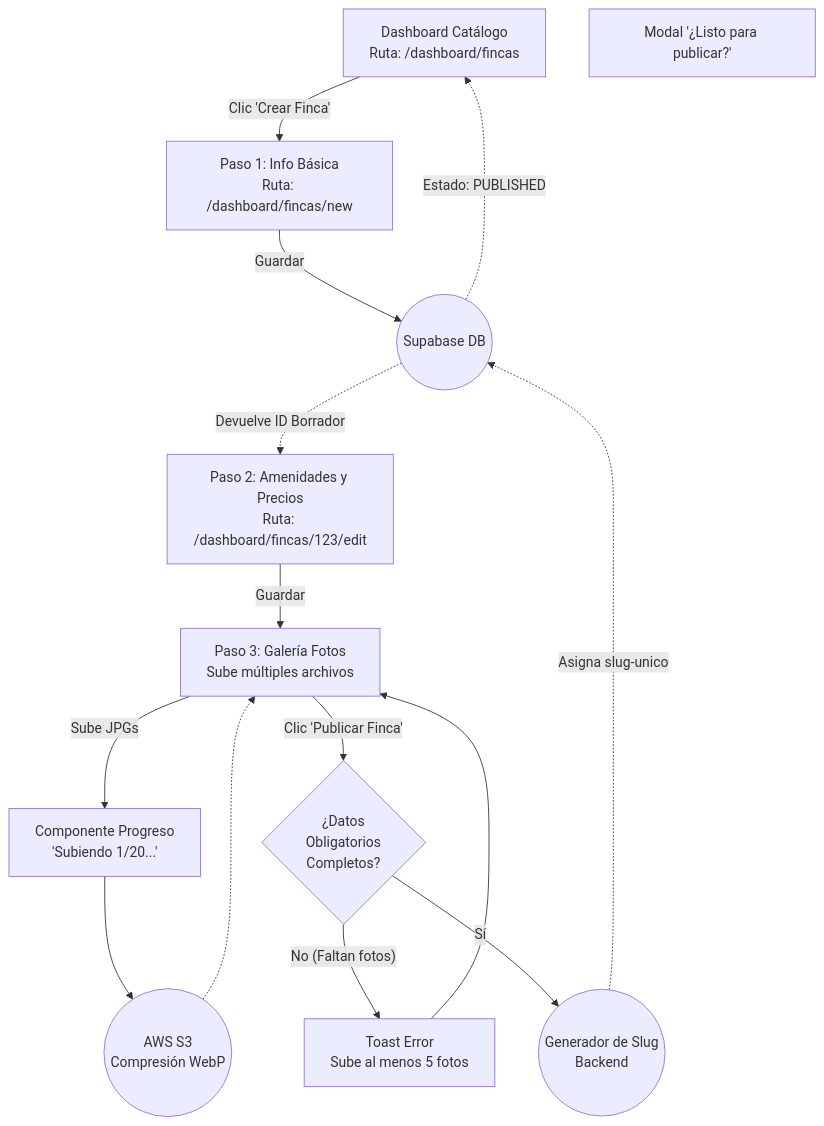
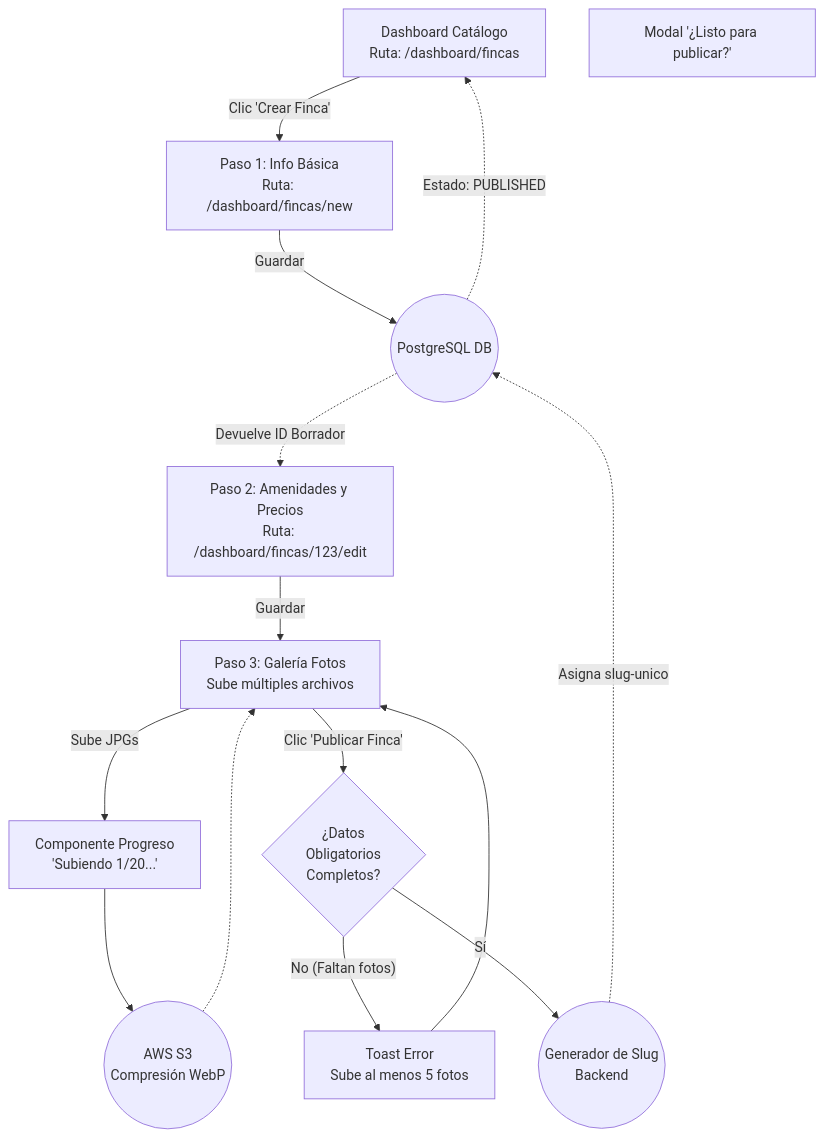
The first of 2 diagrams in docs/04-system-modeling/02.User_Flows_Task_Flows/modules/MOD-PROP_flows.md (camilolayos54-dotcom/NosFuimosdeFinca), drawn with Mermaid before and after one commit. The commit also changed 38 other files, not shown here.

````diff
--- a/docs/04-system-modeling/02.User_Flows_Task_Flows/modules/MOD-PROP_flows.md
+++ b/docs/04-system-modeling/02.User_Flows_Task_Flows/modules/MOD-PROP_flows.md
@@ -35,38 +35,38 @@
 ```mermaid
 flowchart TD
     %% Nodos UI
     HubUI[Dashboard Catálogo<br>Ruta: /dashboard/fincas]
     Step1UI[Paso 1: Info Básica<br>Ruta: /dashboard/fincas/new]
     Step2UI[Paso 2: Amenidades y Precios<br>Ruta: /dashboard/fincas/123/edit]
     Step3UI[Paso 3: Galería Fotos<br>Sube múltiples archivos]
     UploadToastUI[Componente Progreso<br>'Subiendo 1/20...']
     PublishModalUI[Modal '¿Listo para publicar?']
     
     %% Nodos Asíncronos
-    DB((Supabase DB))
+    DB((PostgreSQL DB))
     Storage((AWS S3<br>Compresión WebP))
     SlugService((Generador de Slug<br>Backend))
     
     %% Decisiones
     IsDraftCheck{¿Datos<br>Obligatorios<br>Completos?}
 
     %% Flujo Inicial (Draft)
     HubUI --> |Clic 'Crear Finca'| Step1UI
     Step1UI --> |Guardar| DB
     DB -.-> |Devuelve ID Borrador| Step2UI
     
     %% Proceso de Medios
     Step2UI --> |Guardar| Step3UI
     Step3UI --> |Sube JPGs| UploadToastUI
     UploadToastUI --> Storage
     Storage -.-> Step3UI
     
     %% Publicación Final
     Step3UI --> |Clic 'Publicar Finca'| IsDraftCheck
     IsDraftCheck -- No (Faltan fotos) --> ErrorToastUI[Toast Error<br>Sube al menos 5 fotos]
     ErrorToastUI --> Step3UI
     
     IsDraftCheck -- Sí --> SlugService
     SlugService -.-> |Asigna slug-unico| DB
     DB -.-> |Estado: PUBLISHED| HubUI
 ```
````
